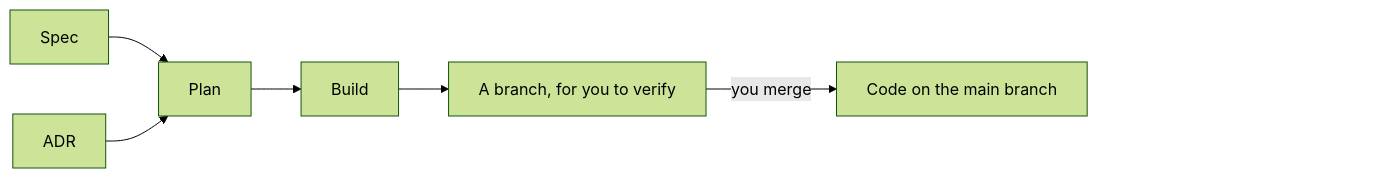
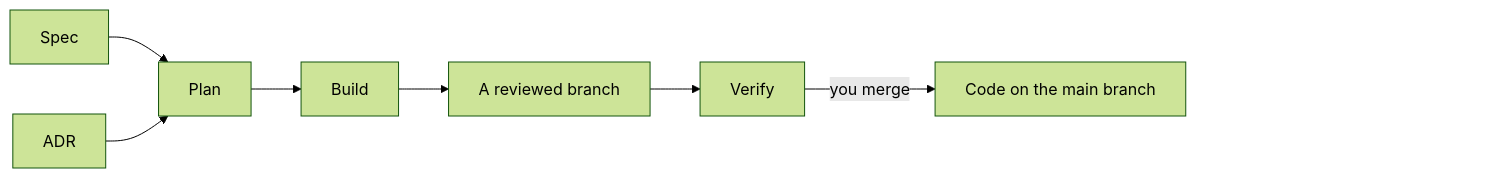
One commit to michaelmarconi/agentic-engineering changed the second of 4 diagrams in docs/lifecycle.md. Above: the diagram before and after it, drawn with Mermaid (forest theme). The commit also changed other lines of this file and 8 other files, not shown here.

````diff
--- a/docs/lifecycle.md
+++ b/docs/lifecycle.md
@@ -115,10 +119,11 @@
 ```mermaid
 flowchart LR
     Spec --> Plan
     ADR --> Plan
     Plan --> Build
-    Build --> Branch[A branch, for you to verify]
-    Branch -->|you merge| Code[Code on the main branch]
+    Build --> Branch[A reviewed branch]
+    Branch --> Verify
+    Verify -->|you merge| Code[Code on the main branch]
     Code ~~~ Pad["#nbsp;#nbsp;#nbsp;#nbsp;#nbsp;#nbsp;#nbsp;#nbsp;#nbsp;#nbsp;#nbsp;#nbsp;#nbsp;#nbsp;#nbsp;#nbsp;#nbsp;#nbsp;#nbsp;#nbsp;#nbsp;#nbsp;#nbsp;#nbsp;#nbsp;#nbsp;#nbsp;#nbsp;#nbsp;#nbsp;#nbsp;#nbsp;#nbsp;#nbsp;#nbsp;#nbsp;#nbsp;#nbsp;#nbsp;#nbsp;"]
     style Pad fill:none,stroke:none
 ```
````
